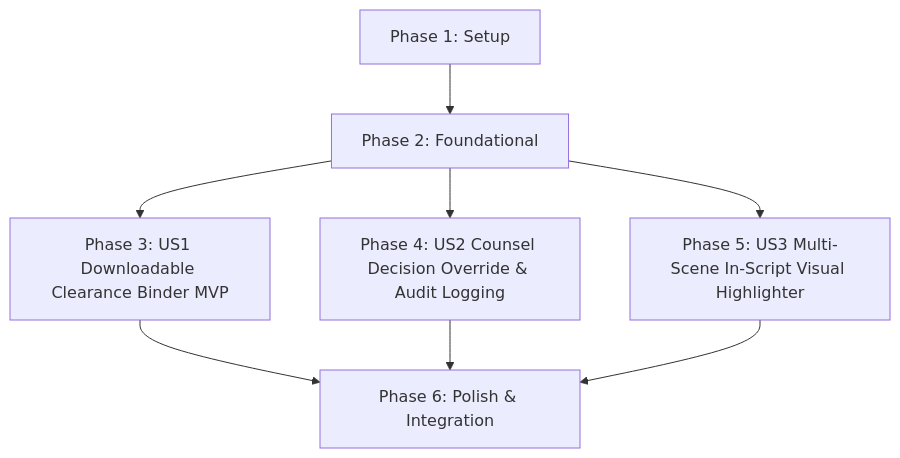
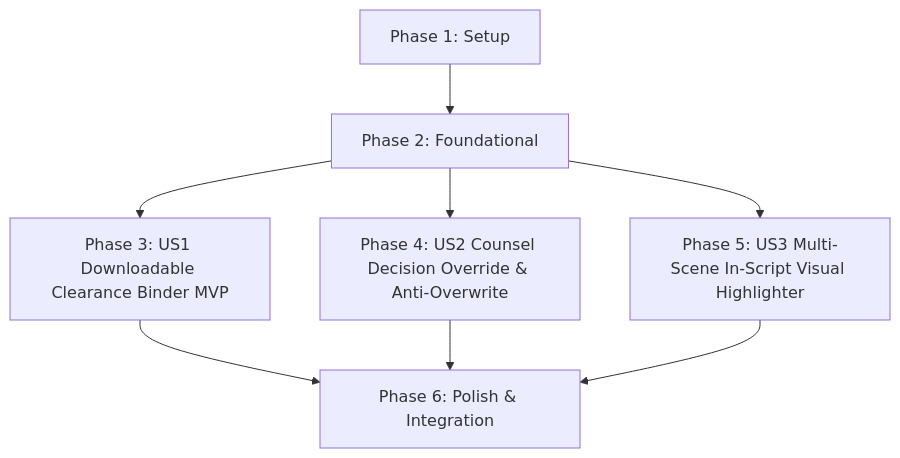
The diagram in specs/003-counsel-review-binder/tasks.md (fmcgoohan/clearancescout), drawn with Mermaid before and after one commit. The commit also changed other lines of this file, not shown here.

Commit message:
tasks: update task breakdown for anti-overwrite invariant and mode-aware evidence attribution

````diff
--- a/specs/003-counsel-review-binder/tasks.md
+++ b/specs/003-counsel-review-binder/tasks.md
@@ -100,10 +101,10 @@
 ```mermaid
 graph TD
     Phase1[Phase 1: Setup] --> Phase2[Phase 2: Foundational]
     Phase2 --> US1[Phase 3: US1 Downloadable Clearance Binder MVP]
-    Phase2 --> US2[Phase 4: US2 Counsel Decision Override & Audit Logging]
+    Phase2 --> US2[Phase 4: US2 Counsel Decision Override & Anti-Overwrite]
     Phase2 --> US3[Phase 5: US3 Multi-Scene In-Script Visual Highlighter]
     US1 --> Polish[Phase 6: Polish & Integration]
     US2 --> Polish
     US3 --> Polish
 ```
````
